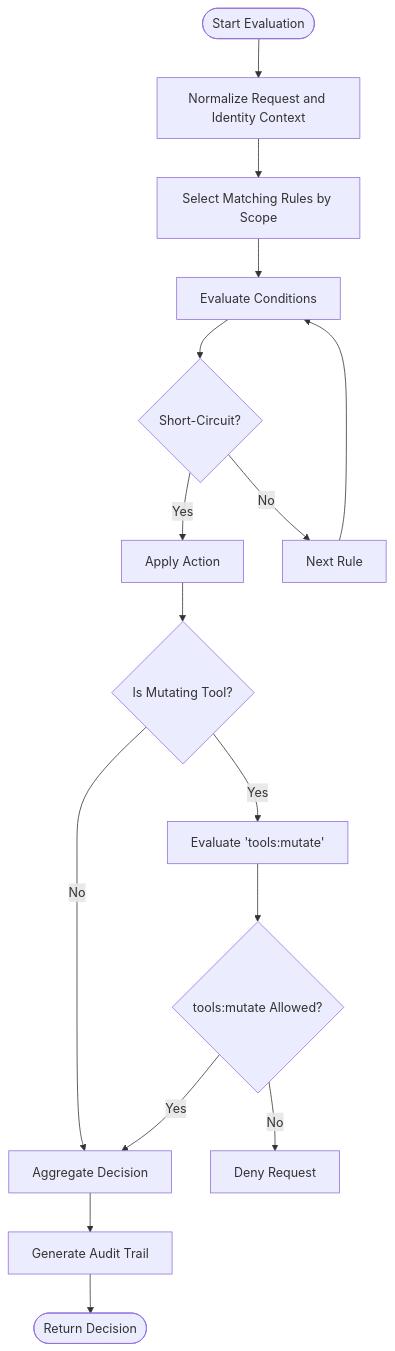
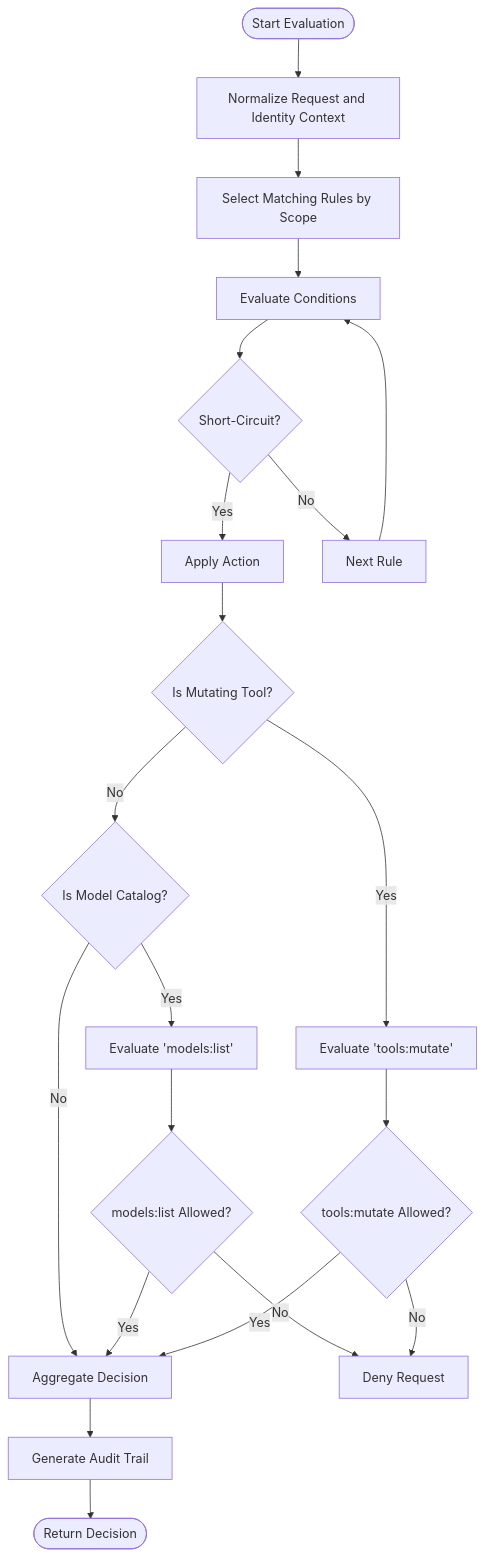
The third of 5 diagrams in .qoder/repowiki/en/content/Policy Management/Policy Management.md (metasync/luban-aiops), drawn with Mermaid before and after one commit. The commit also changed other lines of this file and 24 other files, not shown here.

````diff
--- a/.qoder/repowiki/en/content/Policy Management/Policy Management.md
+++ b/.qoder/repowiki/en/content/Policy Management/Policy Management.md
@@ -341,18 +374,23 @@
 ```mermaid
 flowchart TD
 Start(["Start Evaluation"]) --> Normalize["Normalize Request and Identity Context"]
 Normalize --> SelectRules["Select Matching Rules by Scope"]
 SelectRules --> EvaluateConditions["Evaluate Conditions"]
 EvaluateConditions --> ShortCircuit{"Short-Circuit?"}
 ShortCircuit --> |Yes| ApplyAction["Apply Action"]
 ShortCircuit --> |No| NextRule["Next Rule"]
 NextRule --> EvaluateConditions
 ApplyAction --> CheckRiskTier{"Is Mutating Tool?"}
 CheckRiskTier --> |Yes| MutateCheck["Evaluate 'tools:mutate'"]
-CheckRiskTier --> |No| Aggregate["Aggregate Decision"]
+CheckRiskTier --> |No| CheckModels{"Is Model Catalog?"}
+CheckModels --> |Yes| ModelsCheck["Evaluate 'models:list'"]
+CheckModels --> |No| Aggregate["Aggregate Decision"]
+ModelsCheck --> ModelsDecision{"models:list Allowed?"}
+ModelsDecision --> |Yes| Aggregate
+ModelsDecision --> |No| Deny["Deny Request"]
 MutateCheck --> MutateDecision{"tools:mutate Allowed?"}
 MutateDecision --> |Yes| Aggregate
-MutateDecision --> |No| Deny["Deny Request"]
+MutateDecision --> |No| Deny
 Aggregate --> Audit["Generate Audit Trail"]
 Audit --> End(["Return Decision"])
 ```
````
